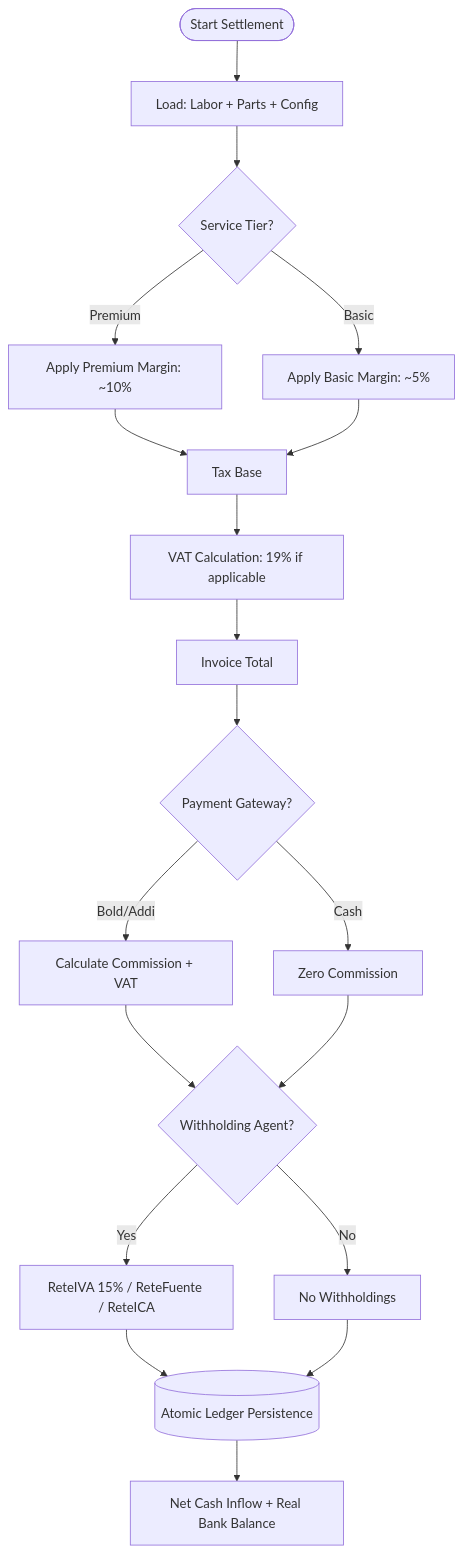
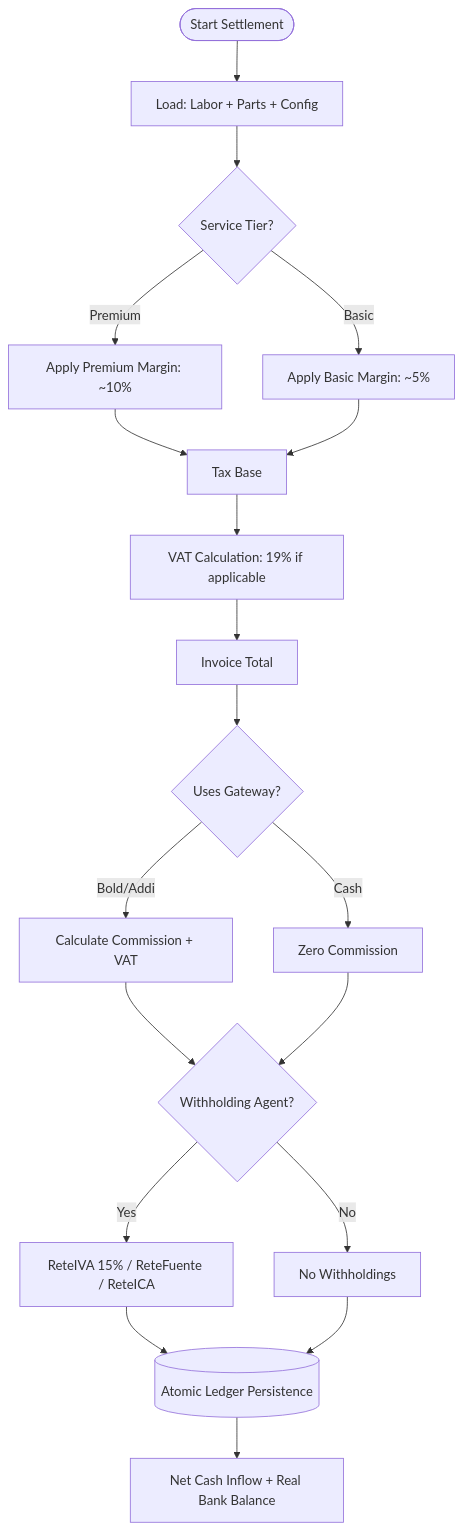
One commit to brandonjimenez21/efiscoArchitecture changed the fourth of 4 diagrams in README.md. Above: the diagram before and after it, drawn with Mermaid. The commit also changed other lines of this file, not shown here.

````diff
--- a/README.md
+++ b/README.md
@@ -154,23 +181,23 @@
 ```mermaid
 flowchart TD
     Start([Start Settlement]) --> Data[Load: Labor + Parts + Config]
     Data --> Tier{Service Tier?}
 
     Tier -- Premium --> PM[Apply Premium Margin: ~10%]
     Tier -- Basic --> BM[Apply Basic Margin: ~5%]
 
     PM & BM --> Base[Tax Base]
     Base --> IVA[VAT Calculation: 19% if applicable]
     IVA --> Total[Invoice Total]
 
-    Total --> Gateway{Payment Gateway?}
+    Total --> Gateway{Uses Gateway?}
     Gateway -- Bold/Addi --> Comm[Calculate Commission + VAT]
     Gateway -- Cash --> NoComm[Zero Commission]
 
     Comm & NoComm --> Rets{Withholding Agent?}
     Rets -- Yes --> CalcRets[ReteIVA 15% / ReteFuente / ReteICA]
     Rets -- No --> ZeroRets[No Withholdings]
 
     CalcRets & ZeroRets --> DB[(Atomic Ledger Persistence)]
     DB --> Result[Net Cash Inflow + Real Bank Balance]
 ```
````
